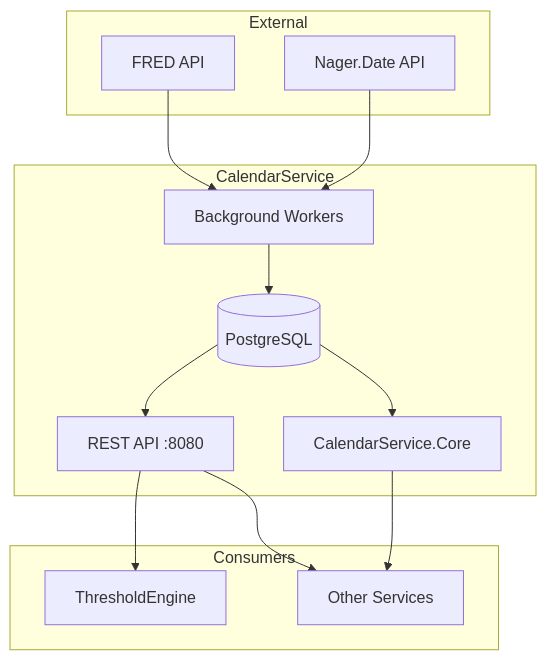
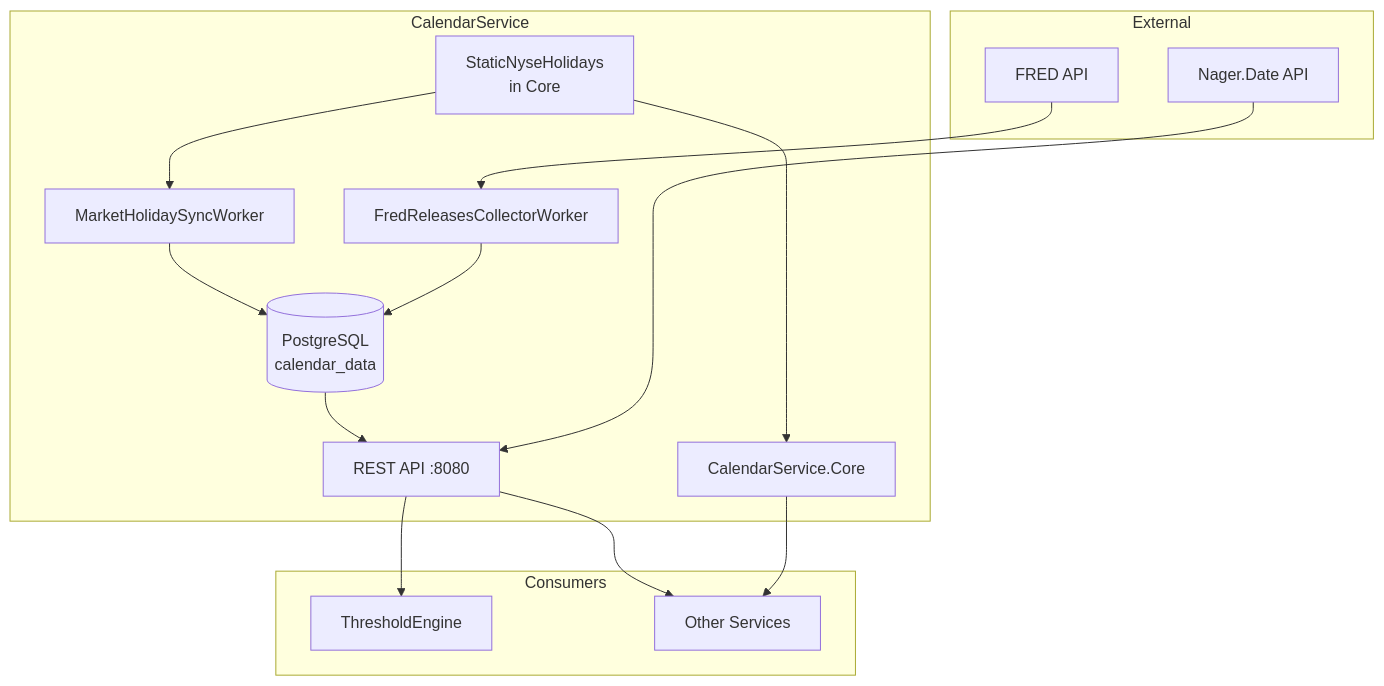
One commit to jpansarasa/ATLAS-Docs changed the diagram in CalendarService/README.md. Above: the diagram before and after it, drawn with Mermaid. The commit also changed other lines of this file, not shown here.

Commit message:
Sync docs from ATLAS @ 2685c461f84d66d2adce0445a8fe5691b2a4e9a8

````diff
--- a/CalendarService/README.md
+++ b/CalendarService/README.md
@@ -11,28 +11,32 @@
 ```mermaid
 flowchart TD
     subgraph External
         FRED[FRED API]
         NAGER[Nager.Date API]
     end
 
     subgraph CalendarService
-        WORKERS[Background Workers]
-        DB[(PostgreSQL)]
+        STATIC[StaticNyseHolidays<br/>in Core]
+        HOL_WORKER[MarketHolidaySyncWorker]
+        FRED_WORKER[FredReleasesCollectorWorker]
+        DB[(PostgreSQL<br/>calendar_data)]
         API[REST API :8080]
         CORE[CalendarService.Core]
     end
 
     subgraph Consumers
         TE[ThresholdEngine]
         APPS[Other Services]
     end
 
-    FRED --> WORKERS
-    NAGER --> WORKERS
-    WORKERS --> DB
+    STATIC --> HOL_WORKER
+    HOL_WORKER --> DB
+    FRED --> FRED_WORKER
+    FRED_WORKER --> DB
     DB --> API
-    DB --> CORE
+    STATIC --> CORE
+    NAGER --> API
     API --> TE
     API --> APPS
     CORE --> APPS
 ```
````
